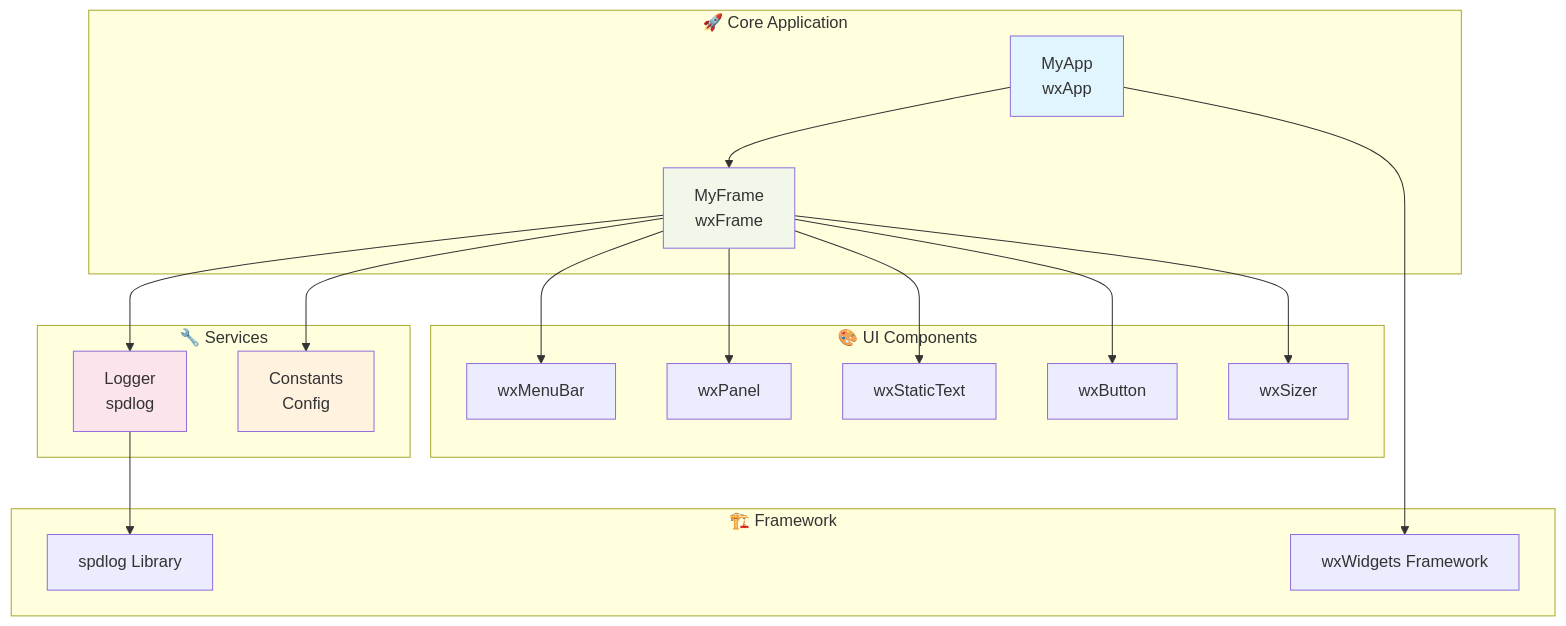
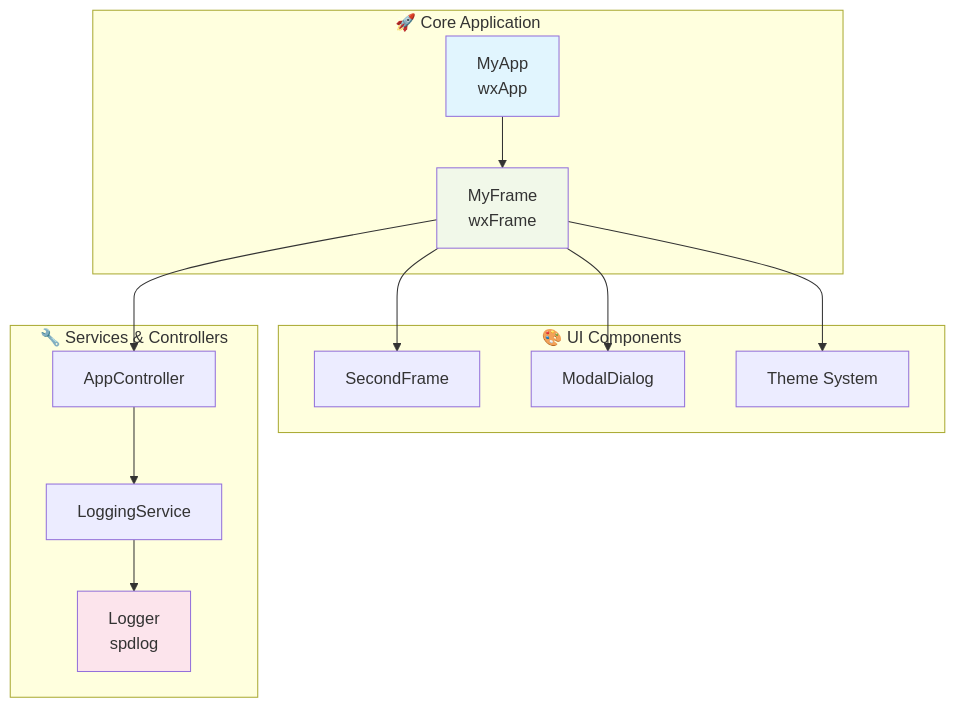
One commit to jhg45-ua/SignaturePro changed the first of 3 diagrams in docs/DOCUMENTACION_COMPLETA.md. Above: the diagram before and after it, drawn with Mermaid. The commit also changed other lines of this file and 10 other files, not shown here.

````diff
--- a/docs/DOCUMENTACION_COMPLETA.md
+++ b/docs/DOCUMENTACION_COMPLETA.md
@@ -18,29 +16,22 @@
 ```mermaid
 graph TB
     subgraph "🚀 Core Application"
         A[MyApp<br/>wxApp] --> B[MyFrame<br/>wxFrame]
     end
     
     subgraph "🎨 UI Components"
-        B --> C[wxMenuBar]
-        B --> D[wxPanel]
-        B --> E[wxStaticText]
-        B --> F[wxButton]
-        B --> G[wxSizer]
+        B --> C[SecondFrame]
+        B --> D[ModalDialog]
+        B --> E[Theme System]
     end
     
-    subgraph "🔧 Services"
-        B --> H[Logger<br/>spdlog]
-        B --> I[Constants<br/>Config]
-    end
-    
-    subgraph "🏗️ Framework"
-        H --> J[spdlog Library]
-        A --> K[wxWidgets Framework]
+    subgraph "🔧 Services & Controllers"
+        B --> F[AppController]
+        F --> G[LoggingService]
+        G --> H[Logger<br/>spdlog]
     end
     
     style A fill:#e1f5fe
     style B fill:#f1f8e9
     style H fill:#fce4ec
-    style I fill:#fff3e0
 ```
````
